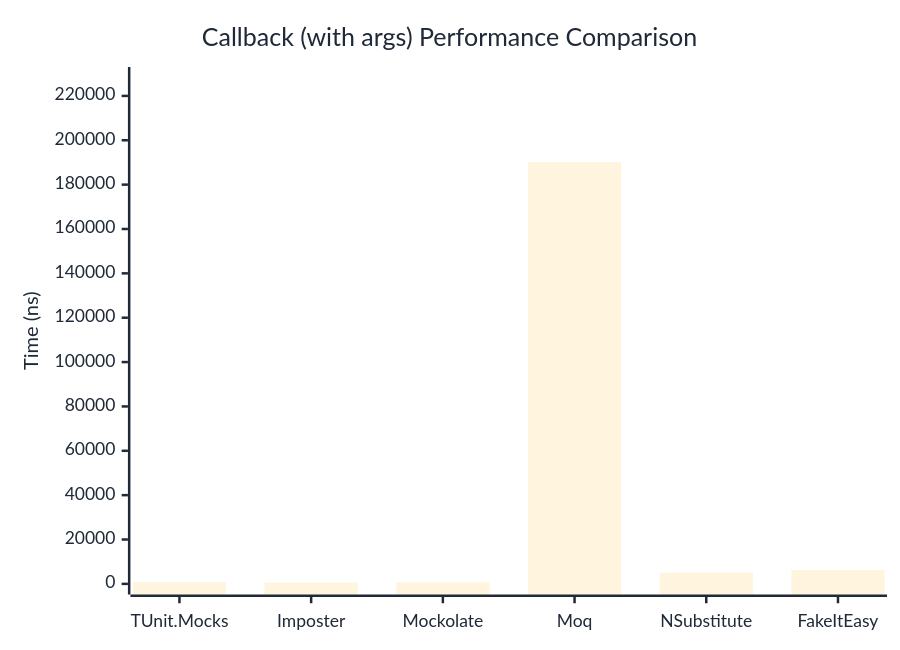
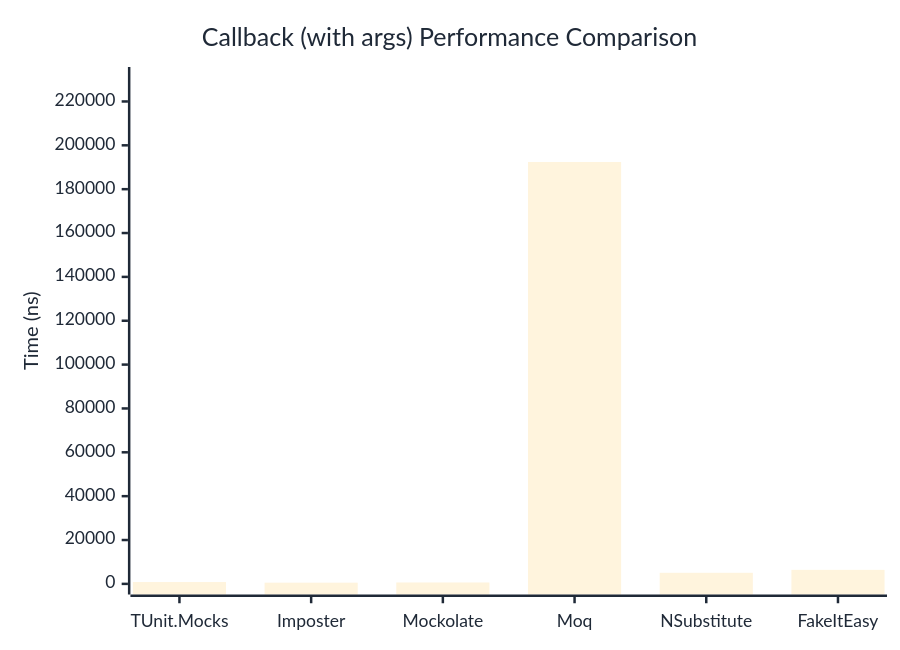
One commit to thomhurst/TUnit changed the second of 2 diagrams in docs/docs/benchmarks/mocks/Callback.md. Above: the diagram before and after it, drawn with Mermaid. The commit also changed other lines of this file and 14 other files, not shown here.

````diff
--- a/docs/docs/benchmarks/mocks/Callback.md
+++ b/docs/docs/benchmarks/mocks/Callback.md
@@ -69,27 +69,27 @@
 ```mermaid
 %%{init: {
   'theme':'base',
   'themeVariables': {
     'primaryColor': '#2563eb',
     'primaryTextColor': '#1f2937',
     'primaryBorderColor': '#1e40af',
     'lineColor': '#6b7280',
     'secondaryColor': '#7c3aed',
     'tertiaryColor': '#dc2626',
     'background': '#ffffff',
     'pie1': '#2563eb',
     'pie2': '#7c3aed',
     'pie3': '#dc2626',
     'pie4': '#f59e0b',
     'pie5': '#10b981',
     'pie6': '#06b6d4',
     'pie7': '#ec4899',
     'pie8': '#6366f1'
   }
 }}%%
 xychart-beta
   title "Callback (with args) Performance Comparison"
   x-axis ["TUnit.Mocks", "Imposter", "Mockolate", "Moq", "NSubstitute", "FakeItEasy"]
-  y-axis "Time (ns)" 0 --> 228243
-  bar [846.7, 568.3, 682.2, 190202.5, 5070.5, 6256.1]
+  y-axis "Time (ns)" 0 --> 230872
+  bar [828, 552.9, 635.4, 192392.8, 5056.6, 6393.1]
 ```
````
